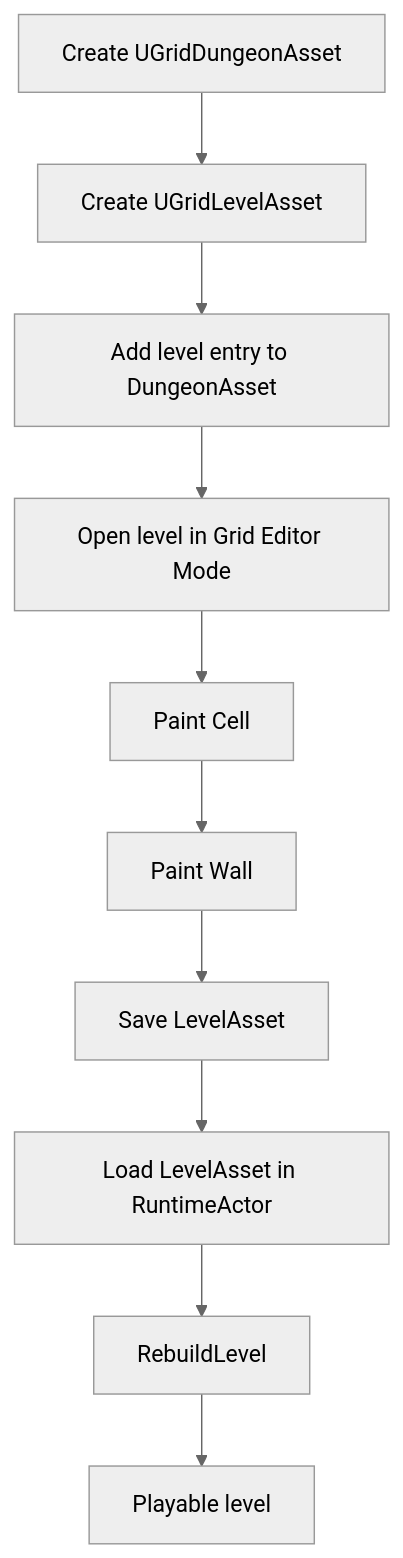
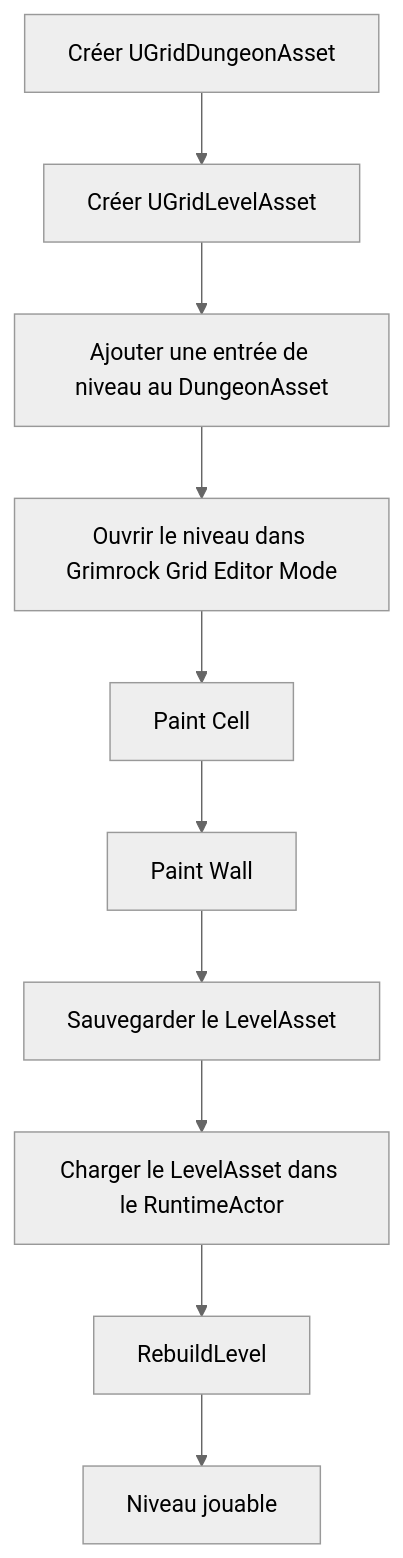
One commit to PhilippeMartin1964/GrimrockPrototype changed the eighth of 9 diagrams in docs/Architecture/CORE_DUNGEON_LEVEL_GRID.md. Above: the diagram before and after it, drawn with Mermaid (neutral theme). The commit also changed other lines of this file, not shown here.

Commit message:
Translate core dungeon level grid documentation to French

````diff
--- a/docs/Architecture/CORE_DUNGEON_LEVEL_GRID.md
+++ b/docs/Architecture/CORE_DUNGEON_LEVEL_GRID.md
@@ -986,12 +990,12 @@
 ```mermaid
 flowchart TD
-    A[Create UGridDungeonAsset] --> B[Create UGridLevelAsset]
-    B --> C[Add level entry to DungeonAsset]
-    C --> D[Open level in Grid Editor Mode]
+    A[Créer UGridDungeonAsset] --> B[Créer UGridLevelAsset]
+    B --> C[Ajouter une entrée de niveau au DungeonAsset]
+    C --> D[Ouvrir le niveau dans Grimrock Grid Editor Mode]
     D --> E[Paint Cell]
     E --> F[Paint Wall]
-    F --> G[Save LevelAsset]
-    G --> H[Load LevelAsset in RuntimeActor]
+    F --> G[Sauvegarder le LevelAsset]
+    G --> H[Charger le LevelAsset dans le RuntimeActor]
     H --> I[RebuildLevel]
-    I --> J[Playable level]
+    I --> J[Niveau jouable]
 ```
````
